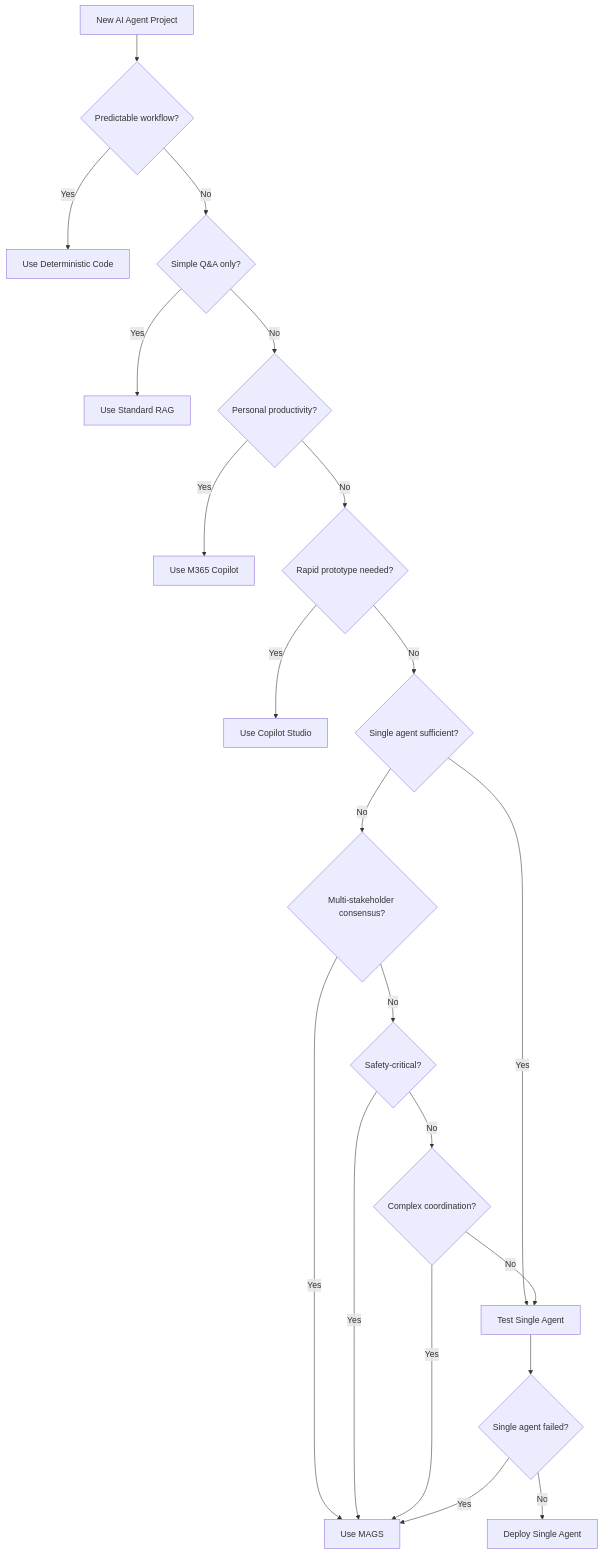
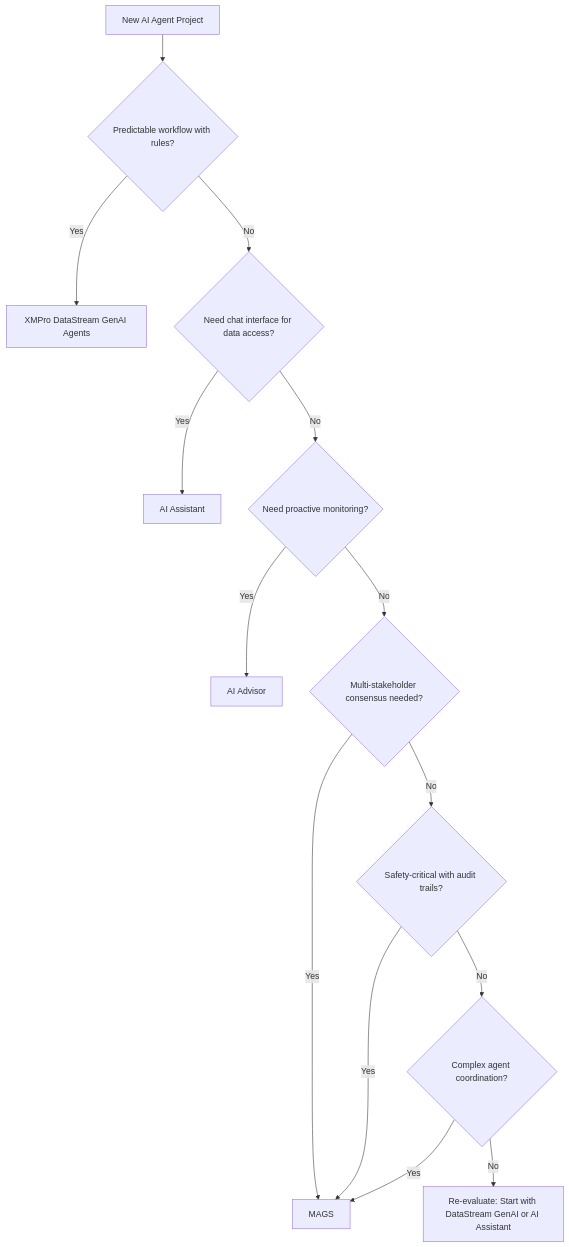
Before and after one commit to XMPro/Multi-Agent: the diagram in docs/decision-guides/when-not-to-use-mags.md, drawn with Mermaid. The commit also changed other lines of this file, not shown here.

Commit message:
docs: update decision guide to reflect XMPro Agentic Operations capabilities and streamline content

````diff
--- a/docs/decision-guides/when-not-to-use-mags.md
+++ b/docs/decision-guides/when-not-to-use-mags.md
@@ -343,23 +289,16 @@
 ```mermaid
 graph TD
-    A[New AI Agent Project] --> B{Predictable workflow?}
-    B -->|Yes| C[Use Deterministic Code]
-    B -->|No| D{Simple Q&A only?}
-    D -->|Yes| E[Use Standard RAG]
-    D -->|No| F{Personal productivity?}
-    F -->|Yes| G[Use M365 Copilot]
-    F -->|No| H{Rapid prototype needed?}
-    H -->|Yes| I[Use Copilot Studio]
-    H -->|No| J{Single agent sufficient?}
-    J -->|Yes| K[Test Single Agent]
-    J -->|No| L{Multi-stakeholder consensus?}
-    L -->|Yes| M[Use MAGS]
-    L -->|No| N{Safety-critical?}
-    N -->|Yes| M
-    N -->|No| O{Complex coordination?}
-    O -->|Yes| M
-    O -->|No| K
-    K --> P{Single agent failed?}
-    P -->|Yes| M
-    P -->|No| Q[Deploy Single Agent]
+    A[New AI Agent Project] --> B{Predictable workflow with rules?}
+    B -->|Yes| C[XMPro DataStream GenAI Agents]
+    B -->|No| D{Need chat interface for data access?}
+    D -->|Yes| E[AI Assistant]
+    D -->|No| F{Need proactive monitoring?}
+    F -->|Yes| G[AI Advisor]
+    F -->|No| H{Multi-stakeholder consensus needed?}
+    H -->|Yes| I[MAGS]
+    H -->|No| J{Safety-critical with audit trails?}
+    J -->|Yes| I
+    J -->|No| K{Complex agent coordination?}
+    K -->|Yes| I
+    K -->|No| L[Re-evaluate: Start with DataStream GenAI or AI Assistant]
 ```
````
